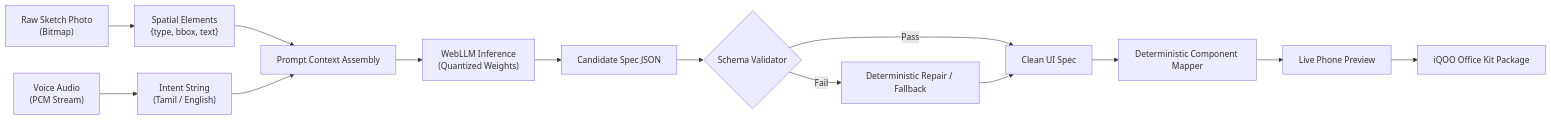
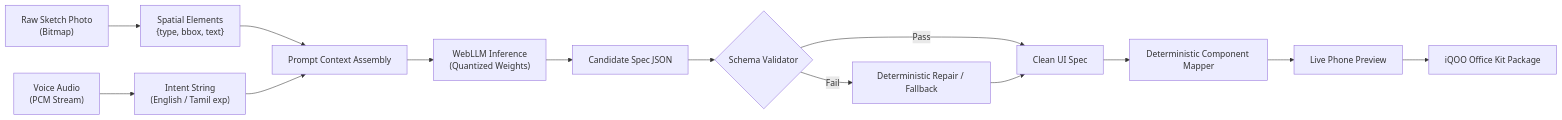
The second of 3 diagrams in docs/architecture.md (Priyan120-dev/IQOO_SketchCode), drawn with Mermaid before and after one commit. The commit also changed other lines of this file and 8 other files, not shown here.

````diff
--- a/docs/architecture.md
+++ b/docs/architecture.md
@@ -59,20 +59,20 @@
 ```mermaid
 flowchart LR
     A["Raw Sketch Photo<br/>(Bitmap)"] --> B["Spatial Elements<br/>{type, bbox, text}"]
-    C["Voice Audio<br/>(PCM Stream)"] --> D["Intent String<br/>(Tamil / English)"]
+    C["Voice Audio<br/>(PCM Stream)"] --> D["Intent String<br/>(English / Tamil exp)"]
     
     B --> E["Prompt Context Assembly"]
     D --> E
     
     E --> F["WebLLM Inference<br/>(Quantized Weights)"]
     F --> G["Candidate Spec JSON"]
     
     G --> H{"Schema Validator"}
     H -- "Pass" --> I["Clean UI Spec"]
     H -- "Fail" --> J["Deterministic Repair / Fallback"]
     J --> I
     
     I --> K["Deterministic Component Mapper"]
     K --> L["Live Phone Preview"]
     L --> M["iQOO Office Kit Package"]
 ```
````
